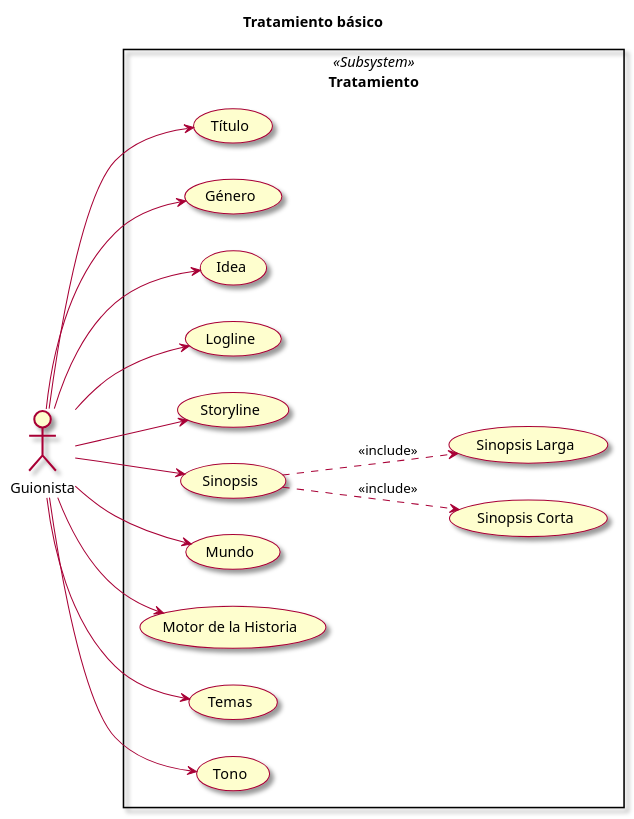
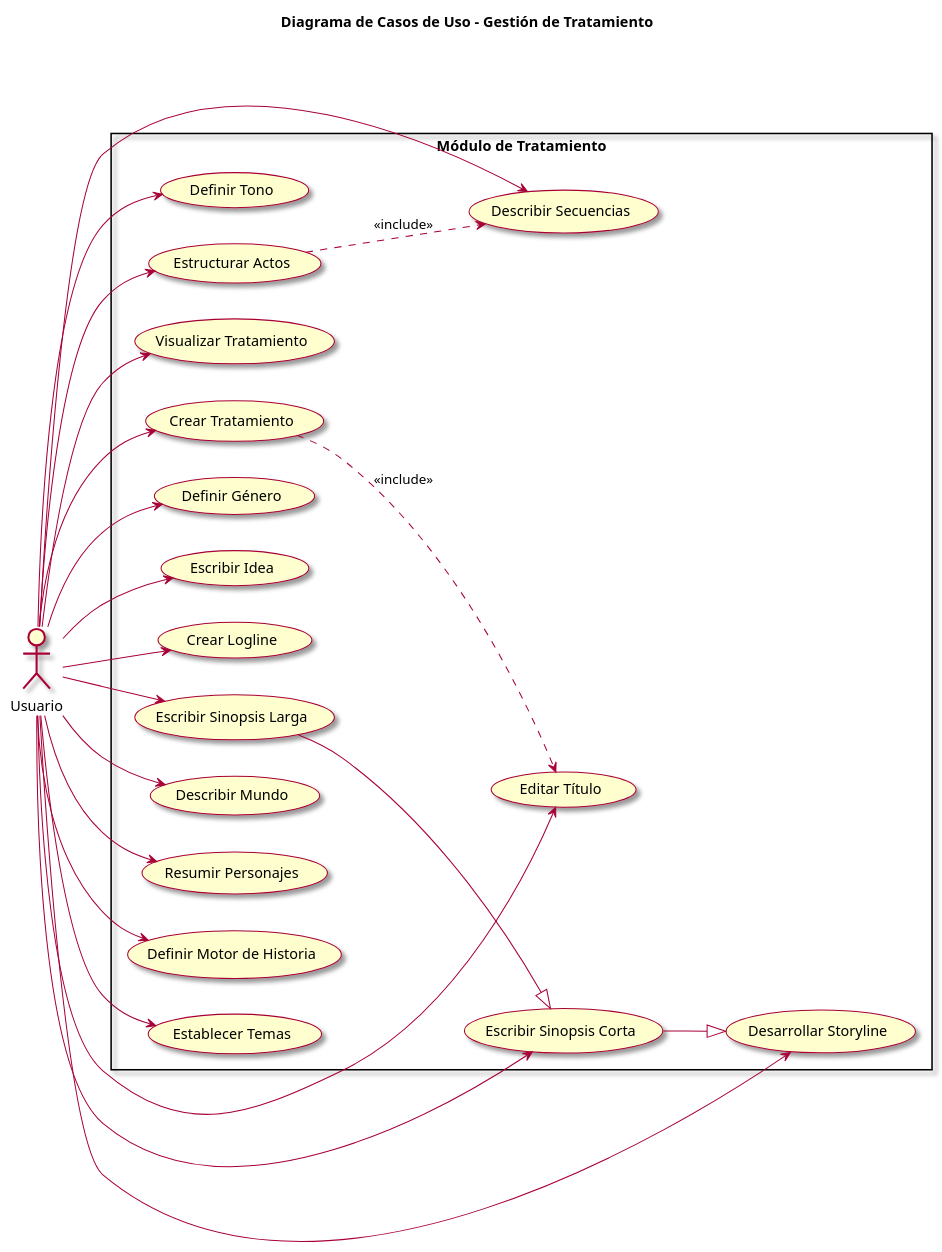
Before and after one commit to Dreamink-SNPP/AnalysisDesign: the diagram in DiagramasCasosDeUso/Tratamiento.plantuml, drawn with PlantUML.

Commit message:
Modify treatment use case for more detailed

```diff
--- a/DiagramasCasosDeUso/Tratamiento.plantuml
+++ b/DiagramasCasosDeUso/Tratamiento.plantuml
@@ -1,41 +1,54 @@
-@startuml Caso de Uso Tratamiento
+@startuml Gestion_Tratamiento
+title Diagrama de Casos de Uso - Gestión de Tratamiento
+skin rose
 
-skin rose
 left to right direction
+skinparam packageStyle rectangle
 
-title Tratamiento básico
+actor "Usuario" as User
 
-:Guionista: as g
-
-rectangle Tratamiento <<Subsystem>> {
-    (Título) as u_tit
-    (Género) as u_gen
-    (Idea) as u_ide
-    (Logline) as u_log
-    (Storyline) as u_sto
-
-    (Sinopsis) as u_sin
-    (Sinopsis Corta) as u_sic
-    (Sinopsis Larga) as u_sil
-
-    u_sin ..> u_sic : <<include>>
-    u_sin ..> u_sil : <<include>>
-
-    (Mundo) as u_mun
-    (Motor de la Historia) as u_moh
-    (Temas) as u_tem
-    (Tono) as u_ton
+rectangle "Módulo de Tratamiento" {
+    usecase "Crear Tratamiento" as UCT1
+    usecase "Editar Título" as UCT2
+    usecase "Definir Género" as UCT3
+    usecase "Escribir Idea" as UCT4
+    usecase "Crear Logline" as UCT5
+    usecase "Desarrollar Storyline" as UCT6
+    usecase "Escribir Sinopsis Corta" as UCT7
+    usecase "Escribir Sinopsis Larga" as UCT8
+    usecase "Describir Mundo" as UCT9
+    usecase "Resumir Personajes" as UCT10
+    usecase "Definir Motor de Historia" as UCT11
+    usecase "Establecer Temas" as UCT12
+    usecase "Definir Tono" as UCT13
+    usecase "Estructurar Actos" as UCT14
+    usecase "Describir Secuencias" as UCT15
+    usecase "Visualizar Tratamiento" as UCT16
 }
 
-g --> u_tit
-g --> u_gen
-g --> u_ide
-g --> u_log
-g --> u_sto
-g --> u_sin
-g --> u_mun
-g --> u_moh
-g --> u_tem
-g --> u_ton
+User --> UCT1
+User --> UCT2
+User --> UCT3
+User --> UCT4
+User --> UCT5
+User --> UCT6
+User --> UCT7
+User --> UCT8
+User --> UCT9
+User --> UCT10
+User --> UCT11
+User --> UCT12
+User --> UCT13
+User --> UCT14
+User --> UCT15
+User --> UCT16
+
+' Include relationships
+UCT1 ..> UCT2 : <<include>>
+UCT14 ..> UCT15 : <<include>>
+
+' Generalization
+UCT7 --|> UCT6
+UCT8 --|> UCT7
 
 @enduml
```
